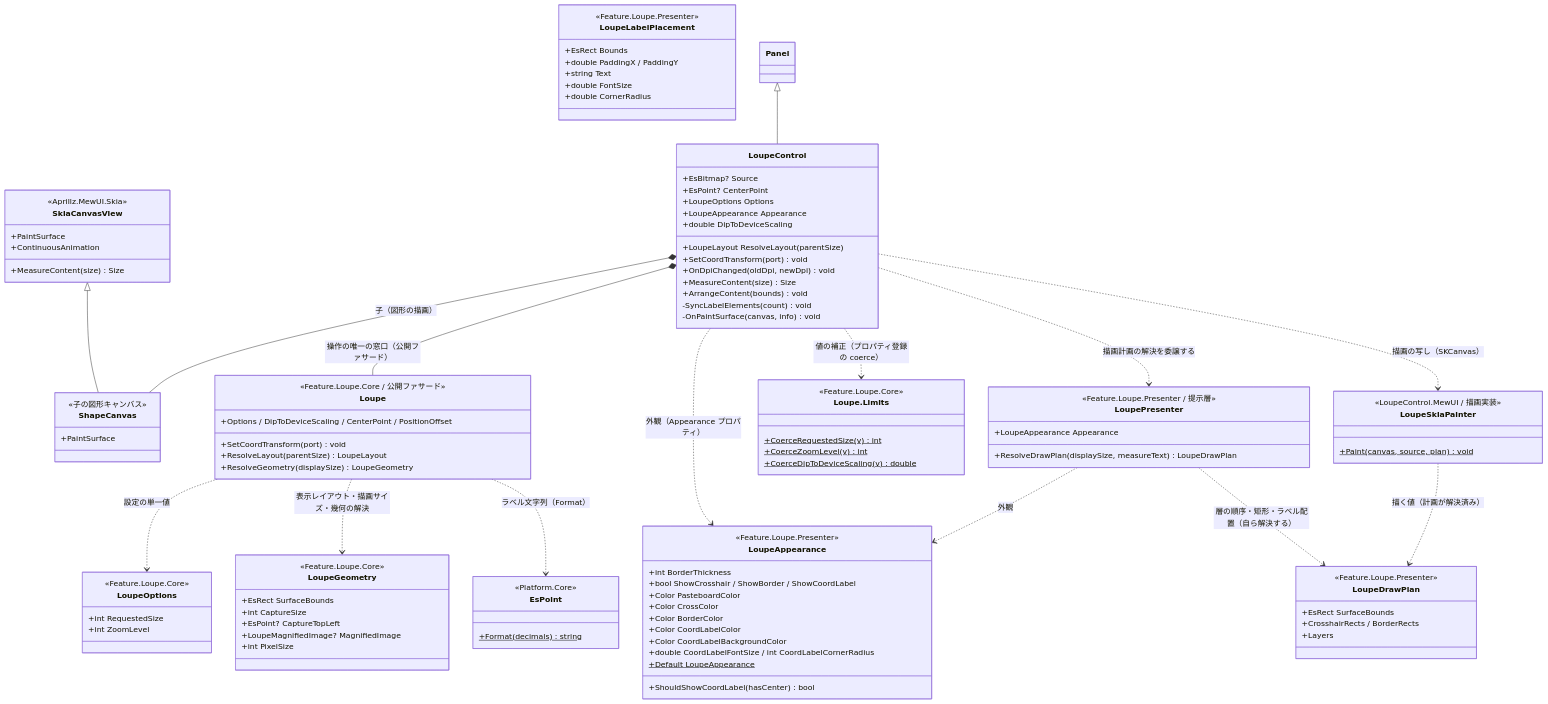
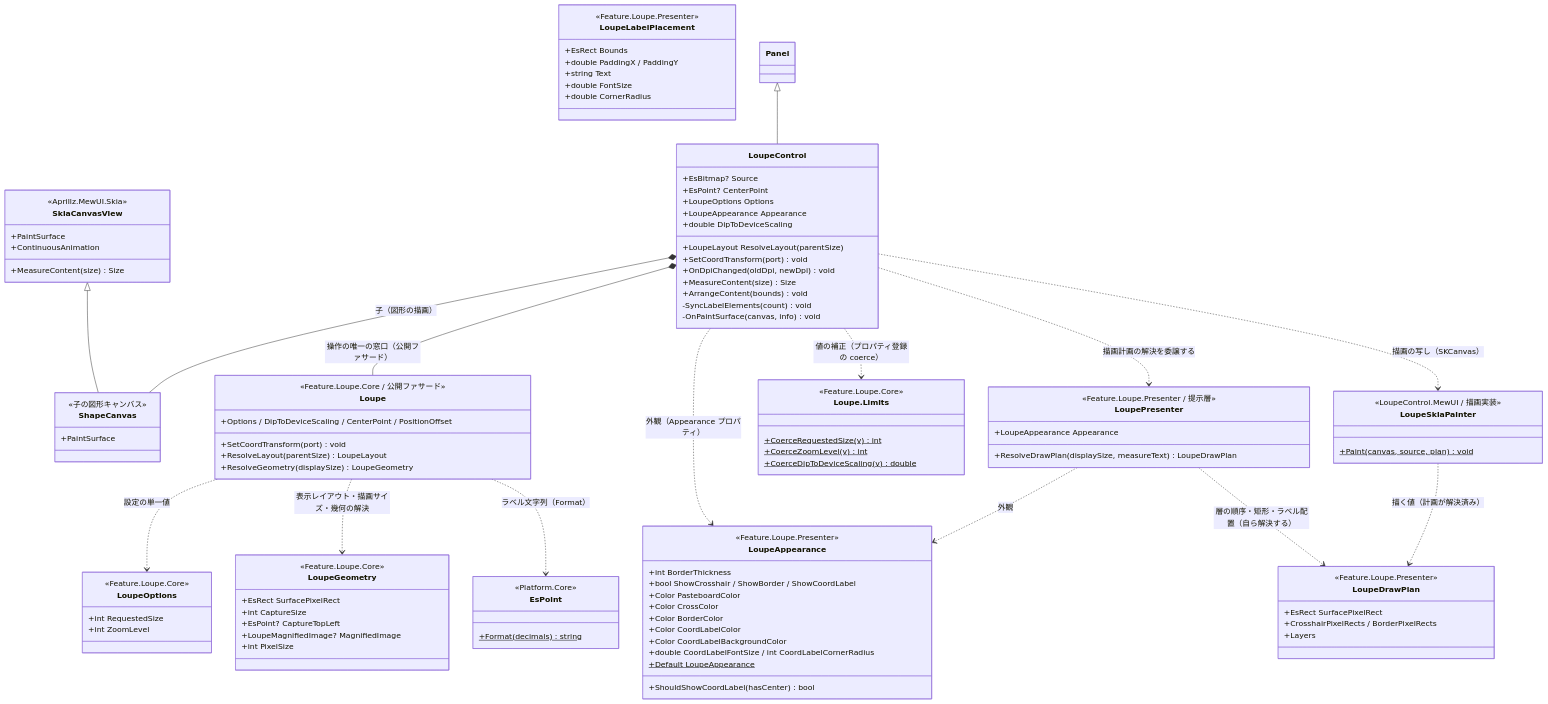
One commit to tomokuni/SaveEvidence changed the first of 2 diagrams in src/LoupeControl.MewUI/SPEC_System.md. Above: the diagram before and after it, drawn with Mermaid. The commit also changed other lines of this file and 20 other files, not shown here.

```diff
--- a/src/LoupeControl.MewUI/SPEC_System.md
+++ b/src/LoupeControl.MewUI/SPEC_System.md
@@ -133,13 +133,13 @@
     }
     class LoupeDrawPlan {
         <<Feature.Loupe.Presenter>>
-        +EsRect SurfaceBounds
-                +CrosshairRects / BorderRects
+        +EsRect SurfacePixelRect
+                +CrosshairPixelRects / BorderPixelRects
         +Layers
     }
     class LoupeGeometry {
         <<Feature.Loupe.Core>>
-        +EsRect SurfaceBounds
+        +EsRect SurfacePixelRect
         +int CaptureSize
         +EsPoint? CaptureTopLeft
         +LoupeMagnifiedImage? MagnifiedImage
```
